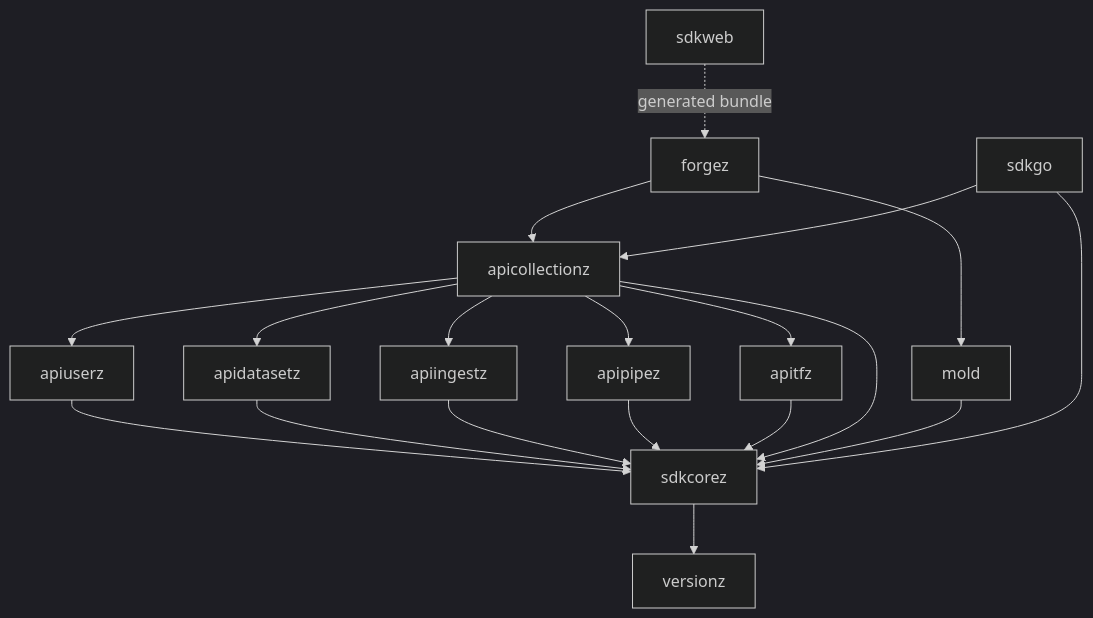
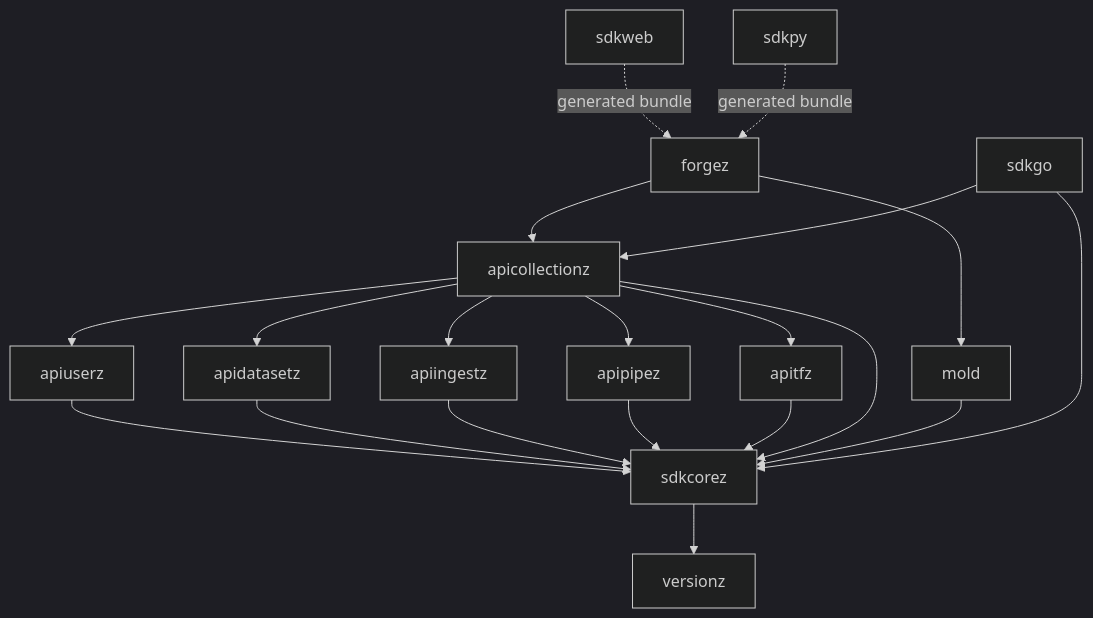
The diagram in README.md (infinity6-ai/i6sdk), drawn with Mermaid (dark theme) before and after one commit. The commit also changed other lines of this file, not shown here.

````diff
--- a/README.md
+++ b/README.md
@@ -30,31 +31,32 @@
 ```mermaid
 graph TD
     Version[versionz]
     Core[sdkcorez] --> Version
 
     %% Service APIs
     User[apiuserz] --> Core
     Dataset[apidatasetz] --> Core
     Ingest[apiingestz] --> Core
     Pipe[apipipez] --> Core
     TF[apitfz] --> Core
 
     %% Catalog Collection
     Collection[apicollectionz] --> User
     Collection --> Dataset
     Collection --> Ingest
     Collection --> Pipe
     Collection --> TF
     Collection --> Core
 
     %% Generators & Tooling
     Mold[mold] --> Core
     Forge[forgez] --> Collection
     Forge --> Mold
 
     %% Client SDKs
     GoSDK[sdkgo] --> Collection
     GoSDK --> Core
 
     WebSDK[sdkweb] -. "generated bundle" .-> Forge
+    PySDK[sdkpy] -. "generated bundle" .-> Forge
 ```
````
